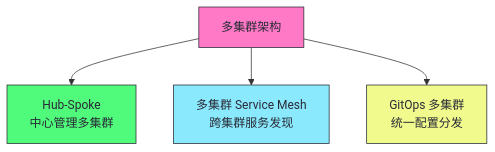
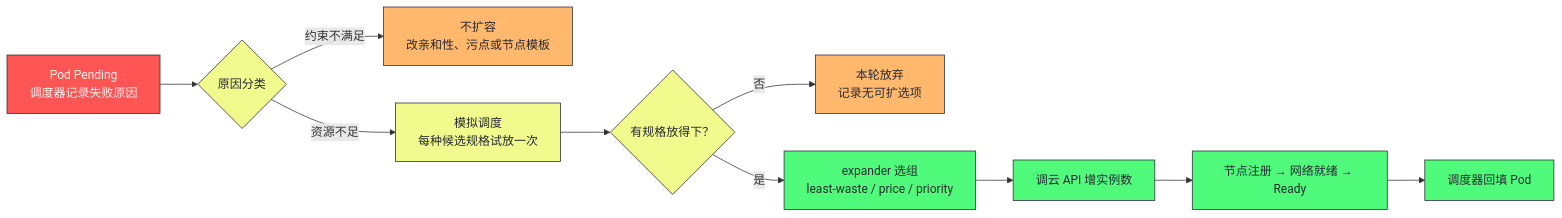
Before and after one commit to hpliStartAgain/my-brain: the third of 5 diagrams in content/云原生/Kubernetes/Kubernetes架构深度剖析/18 弹性伸缩与多集群：HPA VPA Cluster Autoscaler 与 KubeFed.md, drawn with Mermaid. The commit also changed other lines of this file and 259 other files, not shown here.

````diff
--- a/content/云原生/Kubernetes/Kubernetes架构深度剖析/18 弹性伸缩与多集群：HPA VPA Cluster Autoscaler 与 KubeFed.md
+++ b/content/云原生/Kubernetes/Kubernetes架构深度剖析/18 弹性伸缩与多集群：HPA VPA Cluster Autoscaler 与 KubeFed.md
@@ -349,16 +318,22 @@
 ```mermaid
 %%{init: {'theme': 'dracula'}}%%
-graph TD
-    Pattern["多集群架构"] --> Hub["Hub-Spoke<br/>中心管理多集群"]
-    Pattern --> Mesh["多集群 Service Mesh<br/>跨集群服务发现"]
-    Pattern --> GitOps["GitOps 多集群<br/>统一配置分发"]
+graph LR
+    Pending["Pod Pending<br/>调度器记录失败原因"] --> Classify{"原因分类"}
+    Classify -->|"约束不满足"| Stop["不扩容<br/>改亲和性、污点或节点模板"]
+    Classify -->|"资源不足"| Sim["模拟调度<br/>每种候选规格试放一次"]
+    Sim --> Fit{"有规格放得下？"}
+    Fit -->|"否"| Hold["本轮放弃<br/>记录无可扩选项"]
+    Fit -->|"是"| Choose["expander 选组<br/>least-waste / price / priority"]
+    Choose --> Call["调云 API 增实例数"]
+    Call --> Join["节点注册 → 网络就绪 → Ready"]
+    Join --> Bind["调度器回填 Pod"]
 
-    classDef pattern fill:#ff79c6,stroke:#282a36,color:#282a36
-    classDef hub fill:#50fa7b,stroke:#282a36,color:#282a36
-    classDef mesh fill:#8be9fd,stroke:#282a36,color:#282a36
-    classDef gitops fill:#f1fa8c,stroke:#282a36,color:#282a36
-    class Pattern pattern
-    class Hub hub
-    class Mesh mesh
-    class GitOps gitops
+    classDef bad fill:#ff5555,stroke:#282a36,color:#f8f8f2
+    classDef gate fill:#f1fa8c,stroke:#282a36,color:#282a36
+    classDef good fill:#50fa7b,stroke:#282a36,color:#282a36
+    classDef wait fill:#ffb86c,stroke:#282a36,color:#282a36
+    class Pending bad
+    class Classify,Fit,Sim gate
+    class Choose,Call,Join,Bind good
+    class Stop,Hold wait
 ```
````
